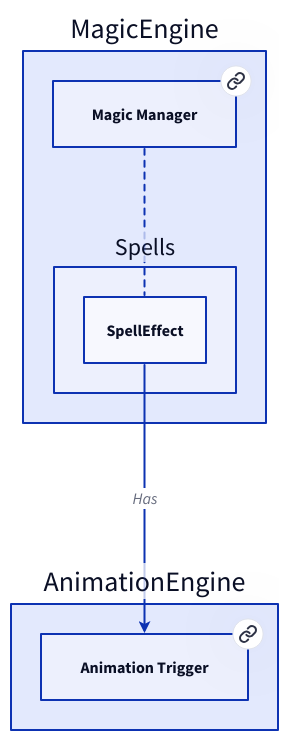
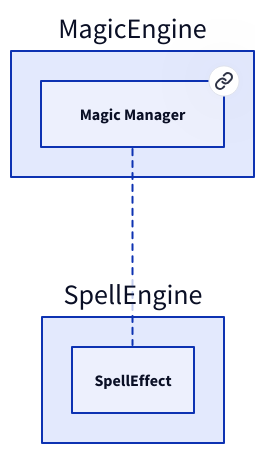
The diagram in doc/graphs/d2/SpellEffect.d2 (Portevent/Brume-Documentation), drawn with D2 before and after one commit. The commit also changed 226 other files, not shown here.

```diff
--- a/doc/graphs/d2/SpellEffect.d2
+++ b/doc/graphs/d2/SpellEffect.d2
@@ -1,18 +1,9 @@
 # Nodes :
-AnimationEngine: {
-    AnimationTrigger: Animation Trigger {
-       link: AnimationTrigger
-    }
-}
 MagicEngine: {
     MagicManager: Magic Manager {
        link: MagicManager
     }
 }
 
 # Links :
-MagicEngine.MagicManager -- MagicEngine.Spells.SpellEffect: {style.stroke-dash: 3}
-MagicEngine.Spells.SpellEffect -> AnimationEngine.AnimationTrigger: Has {
-source-arrowhead: {}
-target-arrowhead: {shape: arrow}
-}
+MagicEngine.MagicManager -- SpellEngine.SpellEffect: {style.stroke-dash: 3}
```
